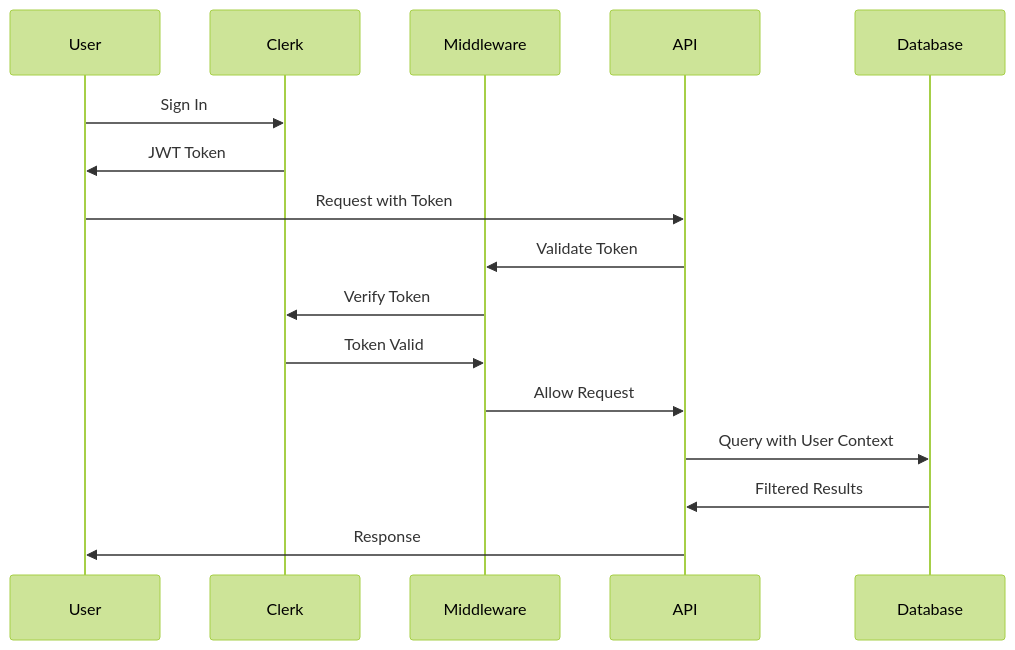
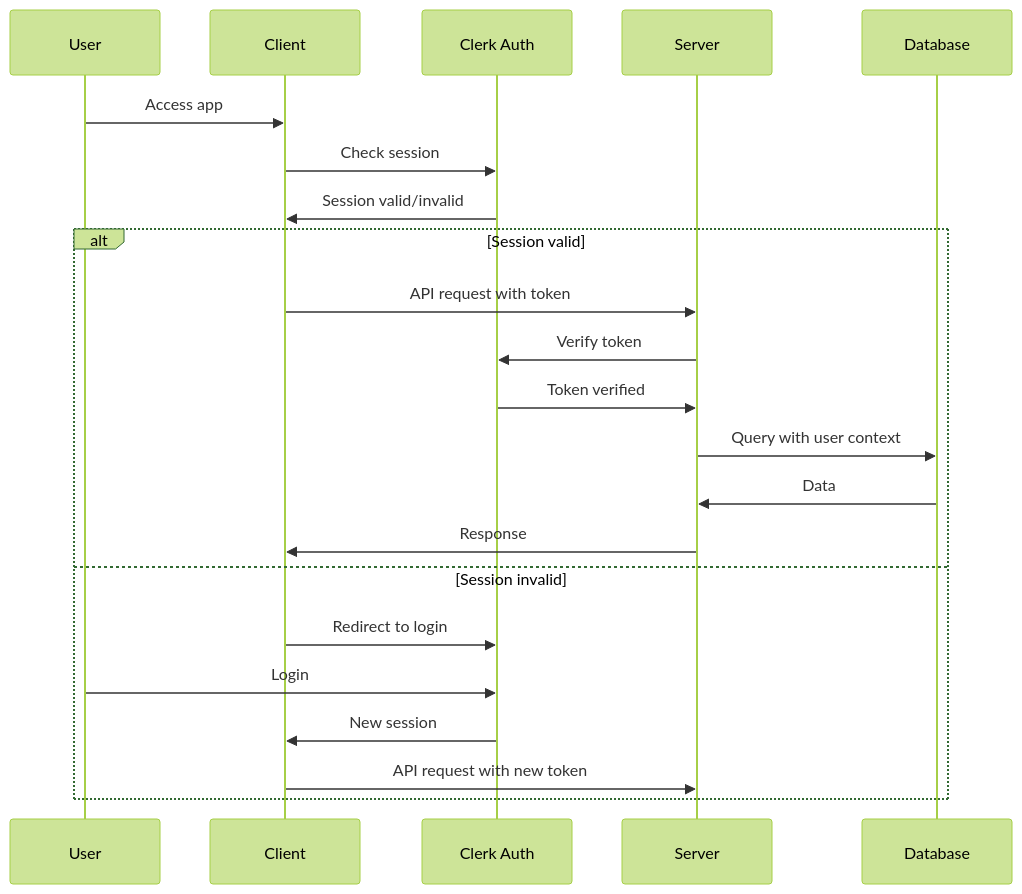
One commit to HenryVantieghem/Meridian-app changed the fifth of 18 diagrams in docs/ARCHITECTURE.md. Above: the diagram before and after it, drawn with Mermaid (forest theme). The commit also changed other lines of this file and 8 other files, not shown here.

````diff
--- a/docs/ARCHITECTURE.md
+++ b/docs/ARCHITECTURE.md
@@ -220,19 +207,25 @@
 ```mermaid
 sequenceDiagram
-    participant User
-    participant Clerk
-    participant Middleware
-    participant API
-    participant Database
-
-    User->>Clerk: Sign In
-    Clerk->>User: JWT Token
-    User->>API: Request with Token
-    API->>Middleware: Validate Token
-    Middleware->>Clerk: Verify Token
-    Clerk->>Middleware: Token Valid
-    Middleware->>API: Allow Request
-    API->>Database: Query with User Context
-    Database->>API: Filtered Results
-    API->>User: Response
+    participant U as User
+    participant C as Client
+    participant Clerk as Clerk Auth
+    participant S as Server
+    participant DB as Database
+    
+    U->>C: Access app
+    C->>Clerk: Check session
+    Clerk->>C: Session valid/invalid
+    alt Session valid
+        C->>S: API request with token
+        S->>Clerk: Verify token
+        Clerk->>S: Token verified
+        S->>DB: Query with user context
+        DB->>S: Data
+        S->>C: Response
+    else Session invalid
+        C->>Clerk: Redirect to login
+        U->>Clerk: Login
+        Clerk->>C: New session
+        C->>S: API request with new token
+    end
 ```
````
